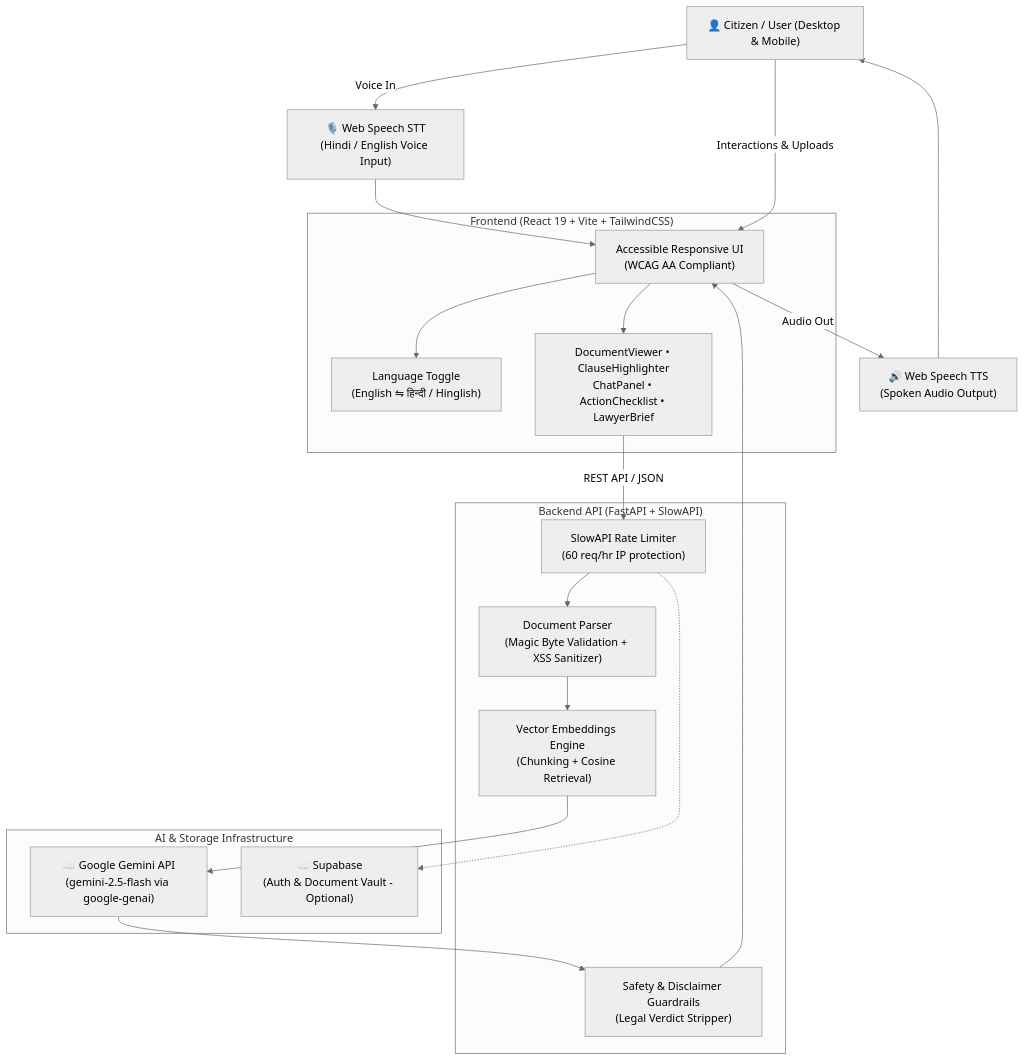
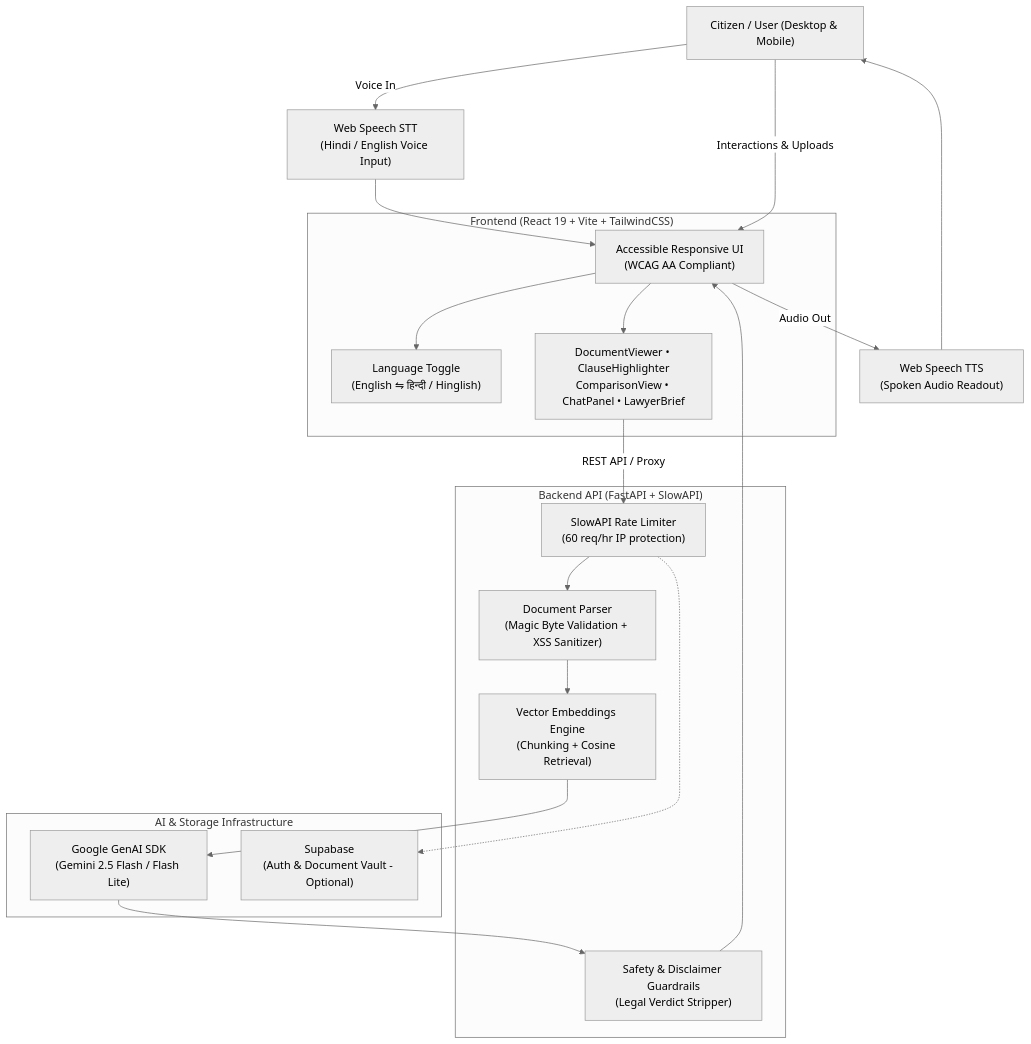
One commit to MOHDUBES/NyaySetu-AI changed the diagram in README.md. Above: the diagram before and after it, drawn with Mermaid (neutral theme). The commit also changed other lines of this file, not shown here.

Commit message:
docs: update README with document comparison voice TTS, mobile testing, quick launchers, and profile management

````diff
--- a/README.md
+++ b/README.md
@@ -81,37 +89,37 @@
 ```mermaid
 graph TB
-    User["👤 Citizen / User (Desktop & Mobile)"]
-    Mic["🎙️ Web Speech STT\n(Hindi / English Voice Input)"]
-    Speaker["🔊 Web Speech TTS\n(Spoken Audio Output)"]
+    User["Citizen / User (Desktop & Mobile)"]
+    Mic["Web Speech STT\n(Hindi / English Voice Input)"]
+    Speaker["Web Speech TTS\n(Spoken Audio Readout)"]
     
     subgraph Frontend ["Frontend (React 19 + Vite + TailwindCSS)"]
         UI["Accessible Responsive UI\n(WCAG AA Compliant)"]
         Toggle["Language Toggle\n(English ⇋ हिन्दी / Hinglish)"]
-        Components["DocumentViewer • ClauseHighlighter\nChatPanel • ActionChecklist • LawyerBrief"]
+        Components["DocumentViewer • ClauseHighlighter\nComparisonView • ChatPanel • LawyerBrief"]
     end
     
     subgraph Backend ["Backend API (FastAPI + SlowAPI)"]
         RateLimiter["SlowAPI Rate Limiter\n(60 req/hr IP protection)"]
         Parser["Document Parser\n(Magic Byte Validation + XSS Sanitizer)"]
         RAG["Vector Embeddings Engine\n(Chunking + Cosine Retrieval)"]
         Guardrails["Safety & Disclaimer Guardrails\n(Legal Verdict Stripper)"]
     end
     
     subgraph CloudAI ["AI & Storage Infrastructure"]
-        Gemini["☁️ Google Gemini API\n(gemini-2.5-flash via google-genai)"]
-        Supabase["☁️ Supabase\n(Auth & Document Vault - Optional)"]
+        Gemini["Google GenAI SDK\n(Gemini 2.5 Flash / Flash Lite)"]
+        Supabase["Supabase\n(Auth & Document Vault - Optional)"]
     end
 
     User -->|"Voice In"| Mic --> UI
     UI -->|"Audio Out"| Speaker --> User
     User -->|"Interactions & Uploads"| UI
     UI --> Toggle
     UI --> Components
-    Components -->|"REST API / JSON"| RateLimiter
+    Components -->|"REST API / Proxy"| RateLimiter
     RateLimiter --> Parser
     Parser --> RAG
     RAG --> Gemini
     Gemini --> Guardrails
     Guardrails --> UI
     RateLimiter -.-> Supabase
 ```
````
